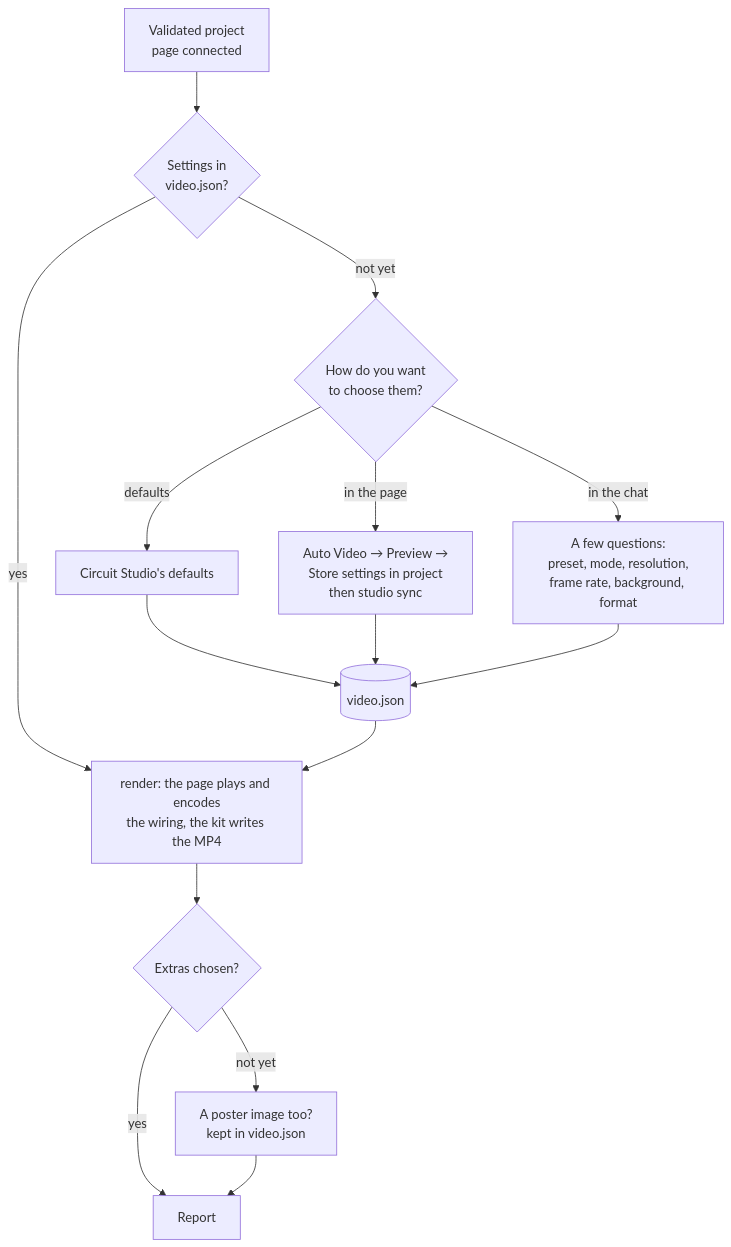
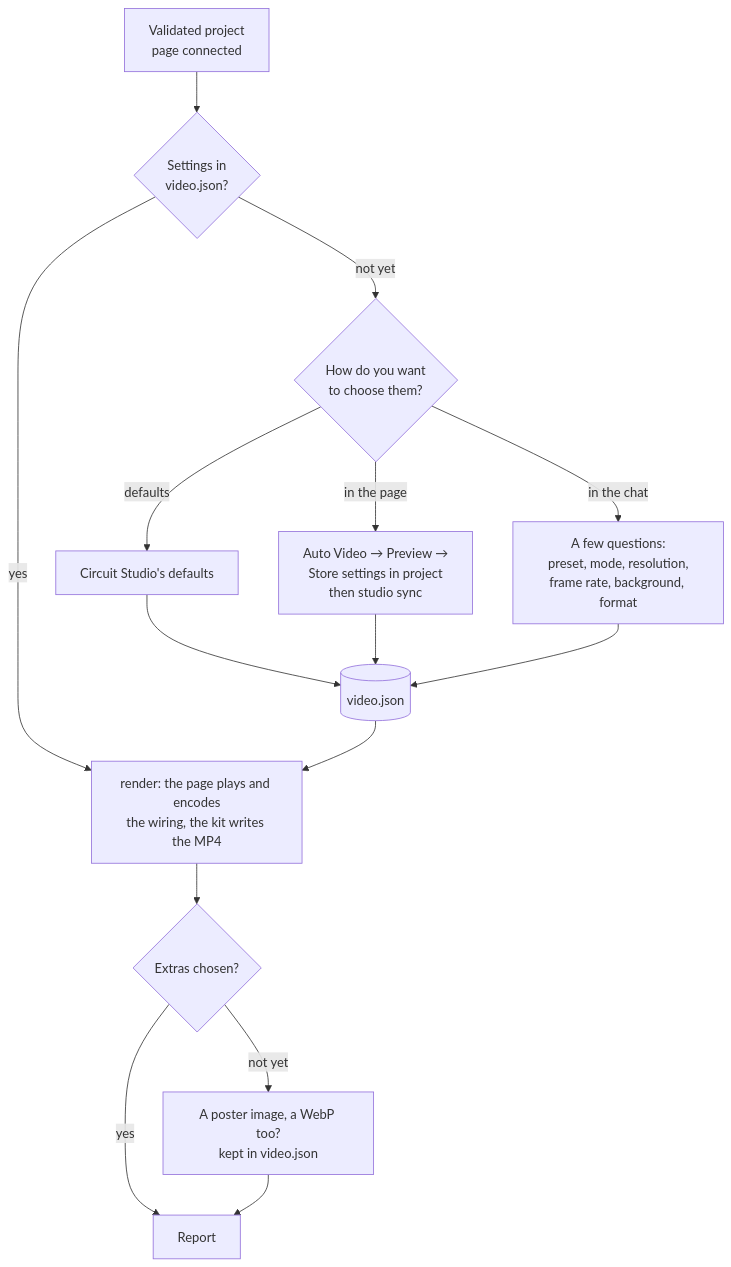
One commit to docteurzoidberg/circuit-studio-agent-kit changed the diagram in docs/user-guide/skills/wiring-video.md. Above: the diagram before and after it, drawn with Mermaid. The commit also changed other lines of this file and 9 other files, not shown here.

````diff
--- a/docs/user-guide/skills/wiring-video.md
+++ b/docs/user-guide/skills/wiring-video.md
@@ -24,17 +24,17 @@
 ```mermaid
 flowchart TD
   P[Validated project<br/>page connected] --> S{Settings in<br/>video.json?}
   S -- not yet --> C{How do you want<br/>to choose them?}
   C -- defaults --> D[Circuit Studio's defaults]
   C -- in the page --> G[Auto Video → Preview →<br/>Store settings in project<br/>then studio sync]
   C -- in the chat --> Q[A few questions:<br/>preset, mode, resolution,<br/>frame rate, background, format]
   D --> V[(video.json)]
   G --> V
   Q --> V
   S -- yes --> R
   V --> R[render: the page plays and encodes<br/>the wiring, the kit writes the MP4]
   R --> X{Extras chosen?}
-  X -- not yet --> E[A poster image too?<br/>kept in video.json]
+  X -- not yet --> E[A poster image, a WebP too?<br/>kept in video.json]
   X -- yes --> REP[Report]
   E --> REP
 ```
````
